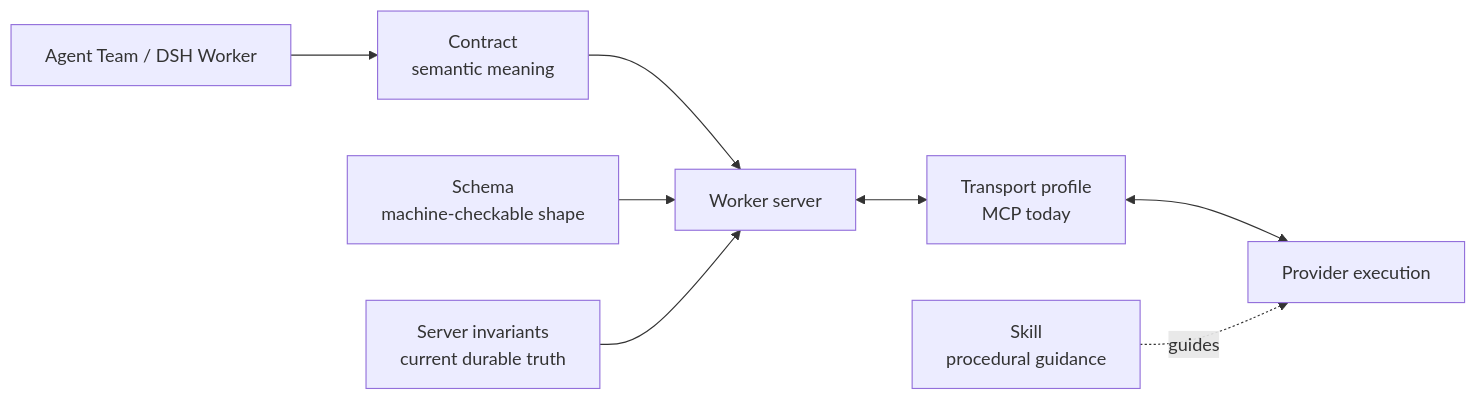
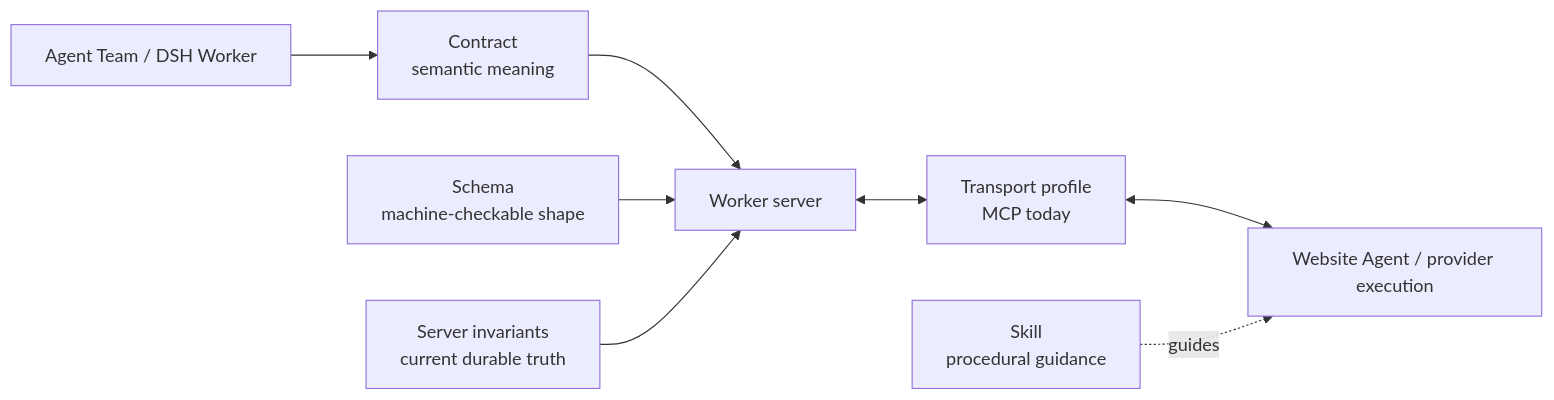
The first of 5 diagrams in docs/architecture/worker-boundaries.md (tsuuanmi/AgentOS), drawn with Mermaid before and after one commit. The commit also changed other lines of this file, not shown here.

Commit message:
docs: make Website Agent explicit at Worker boundary

```diff
--- a/docs/architecture/worker-boundaries.md
+++ b/docs/architecture/worker-boundaries.md
@@ -18,19 +18,19 @@
 ~~~mermaid
 flowchart LR
     AT[Agent Team / DSH Worker]
     C[Contract<br/>semantic meaning]
     S[Schema<br/>machine-checkable shape]
     T[Transport profile<br/>MCP today]
     K[Skill<br/>procedural guidance]
-    P[Provider execution]
+    P[Website Agent / provider execution]
     SI[Server invariants<br/>current durable truth]
     WS[Worker server]
 
     AT --> C
     C --> WS
     S --> WS
     WS <--> T
     T <--> P
     K -. guides .-> P
     SI --> WS
 ~~~
```
